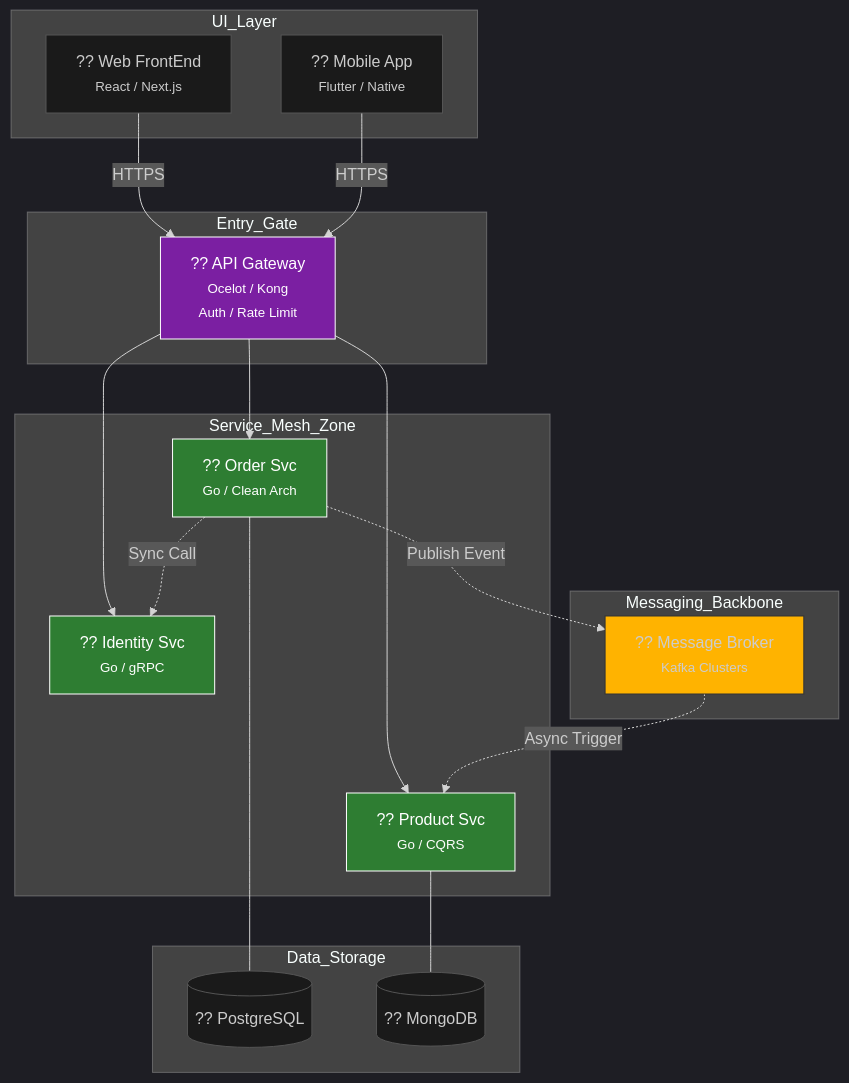
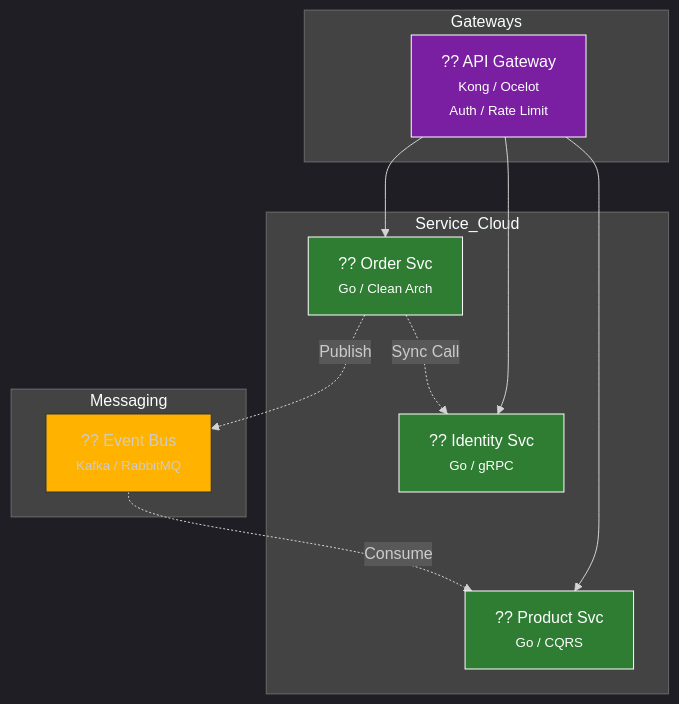
Before and after one commit to arch-yunus/microservices-101: the diagram in README.md, drawn with Mermaid. The commit also changed other lines of this file, not shown here.

````diff
--- a/README.md
+++ b/README.md
@@ -76,41 +77,28 @@
 ```mermaid
 %%{init: {'theme': 'dark', 'themeVariables': { 'mainBkg': '#1a1a1a', 'nodeBorder': '#555' }}}%%
 graph TD
-    subgraph UI_Layer
-        Web["?? Web FrontEnd <br/><small>React / Next.js</small>"]
-        Mobile["?? Mobile App <br/><small>Flutter / Native</small>"]
+    subgraph Gateways
+        Edge["?? API Gateway <br/><small>Kong / Ocelot <br/> Auth / Rate Limit</small>"]
     end
 
-    subgraph Entry_Gate
-        Edge["?? API Gateway <br/><small>Ocelot / Kong <br/> Auth / Rate Limit</small>"]
-    end
-
-    subgraph Service_Mesh_Zone
+    subgraph Service_Cloud
         Auth["?? Identity Svc <br/><small>Go / gRPC</small>"]
         Order["?? Order Svc <br/><small>Go / Clean Arch</small>"]
         Catalog["?? Product Svc <br/><small>Go / CQRS</small>"]
     end
 
-    subgraph Messaging_Backbone
-        Kafka["?? Message Broker <br/><small>Kafka Clusters</small>"]
+    subgraph Messaging
+        Kafka["?? Event Bus <br/><small>Kafka / RabbitMQ</small>"]
     end
 
-    subgraph Data_Storage
-        DB1[("?? PostgreSQL")]
-        DB2[("?? MongoDB")]
-    end
-
-    Web & Mobile -->|HTTPS| Edge
     Edge --> Auth & Order & Catalog
     Order -.->|Sync Call| Auth
-    Order -.->|Publish Event| Kafka
-    Kafka -.->|Async Trigger| Catalog
-    Order --- DB1
-    Catalog --- DB2
-
+    Order -.->|Publish| Kafka
+    Kafka -.->|Consume| Catalog
+    
     style Edge fill:#7b1fa2,stroke:#fff,color:#fff
     style Kafka fill:#ffb300,stroke:#333
     style Auth fill:#2e7d32,stroke:#fff,color:#fff
     style Order fill:#2e7d32,stroke:#fff,color:#fff
     style Catalog fill:#2e7d32,stroke:#fff,color:#fff
 ```
````
